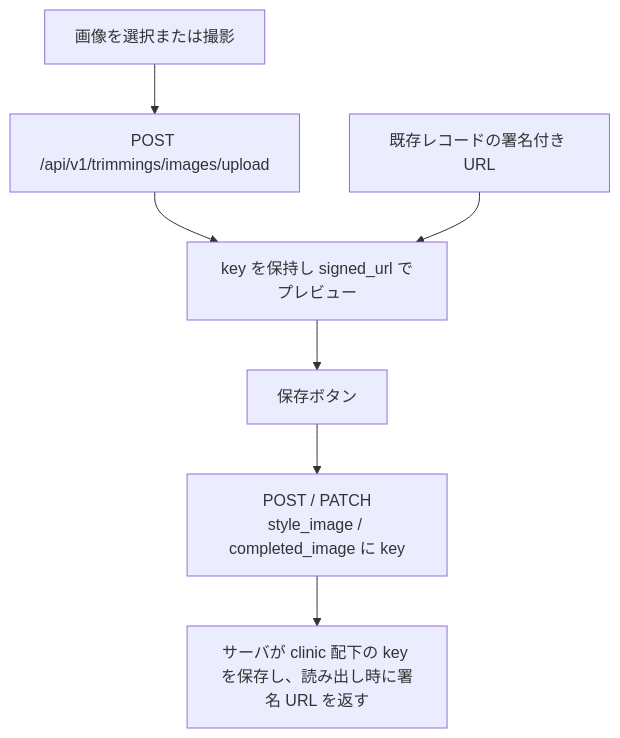
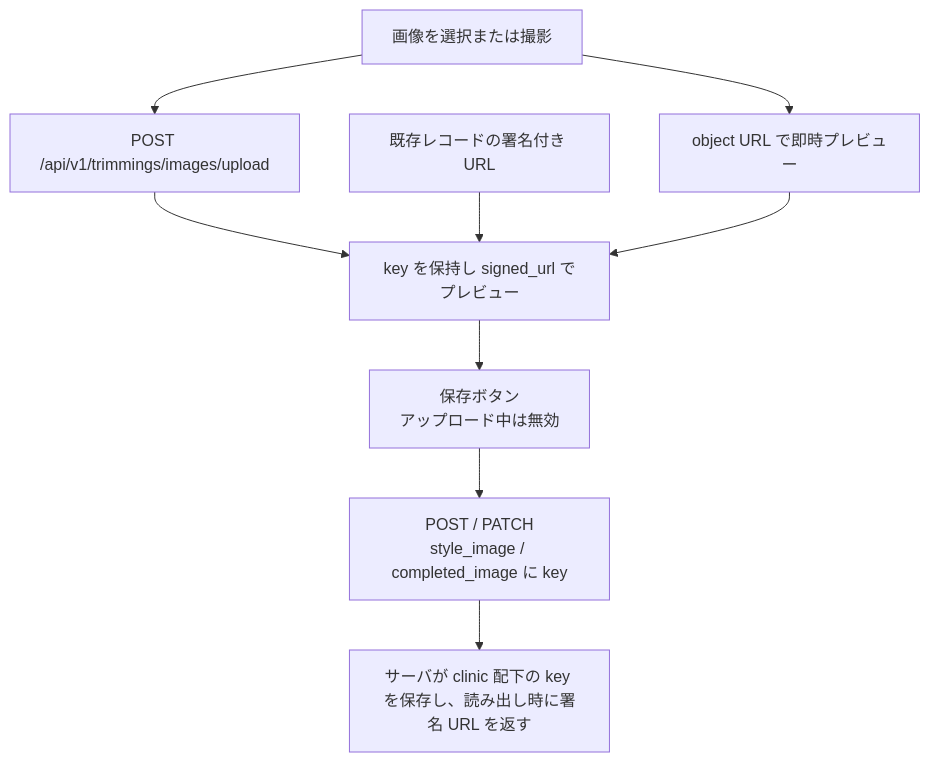
Before and after one commit to MinoruSoga/AnimalEkarte: the diagram in docs/spec/screens/17-trimming-form.md, drawn with Mermaid. The commit also changed other lines of this file and 21 other files, not shown here.

````diff
--- a/docs/spec/screens/17-trimming-form.md
+++ b/docs/spec/screens/17-trimming-form.md
@@ -36,9 +38,11 @@
 ```mermaid
 flowchart TB
-    A["画像を選択または撮影"] --> U["POST /api/v1/trimmings/images/upload"]
+    A["画像を選択または撮影"] --> P["object URL で即時プレビュー"]
+    A --> U["POST /api/v1/trimmings/images/upload"]
     U --> B["key を保持し signed_url でプレビュー"]
     E0["既存レコードの署名付き URL"] --> B
-    B --> C["保存ボタン"]
+    P --> B
+    B --> C["保存ボタン<br/>アップロード中は無効"]
     C --> D["POST / PATCH<br/>style_image / completed_image に key"]
     D --> E["サーバが clinic 配下の key を保存し、読み出し時に署名 URL を返す"]
 ```
````
